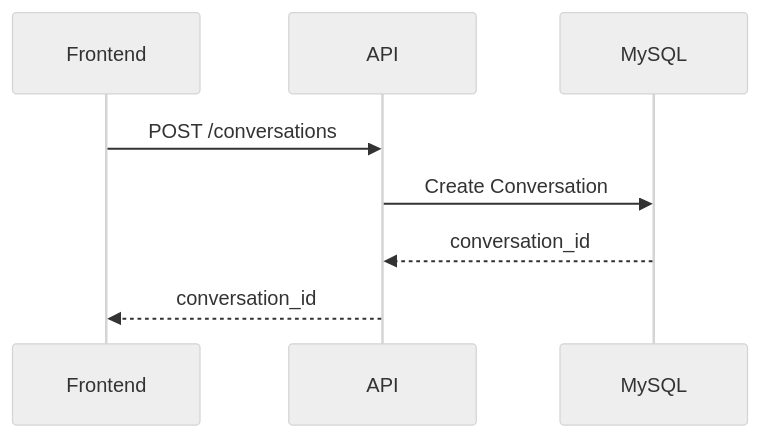
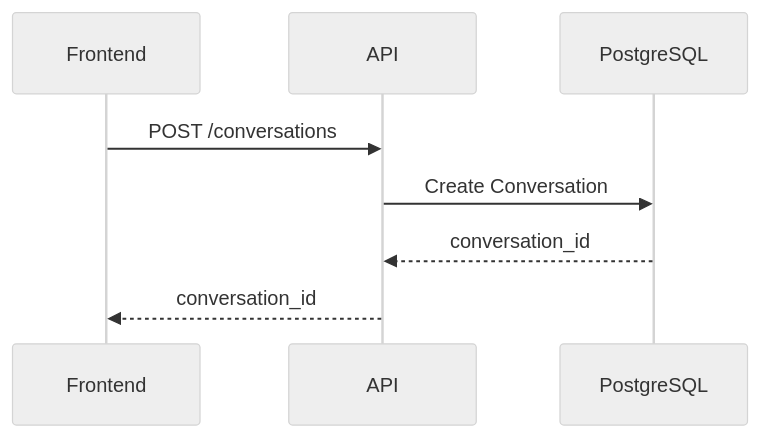
The fourth of 8 diagrams in PROJECT_GUIDE.md (Prathiksha-2126/Development-of-AI-Based-Knowledge-Retrieval-Platform-with-Query-Resolution-System), drawn with Mermaid (neutral theme) before and after one commit. The commit also changed other lines of this file and 78 other files, not shown here.

````diff
--- a/PROJECT_GUIDE.md
+++ b/PROJECT_GUIDE.md
@@ -700,10 +879,10 @@
 ```mermaid
 sequenceDiagram
     participant Frontend
     participant API
-    participant MySQL
+    participant PostgreSQL
     Frontend->>API: POST /conversations
-    API->>MySQL: Create Conversation
-    MySQL-->>API: conversation_id
+    API->>PostgreSQL: Create Conversation
+    PostgreSQL-->>API: conversation_id
     API-->>Frontend: conversation_id
 ```
````
